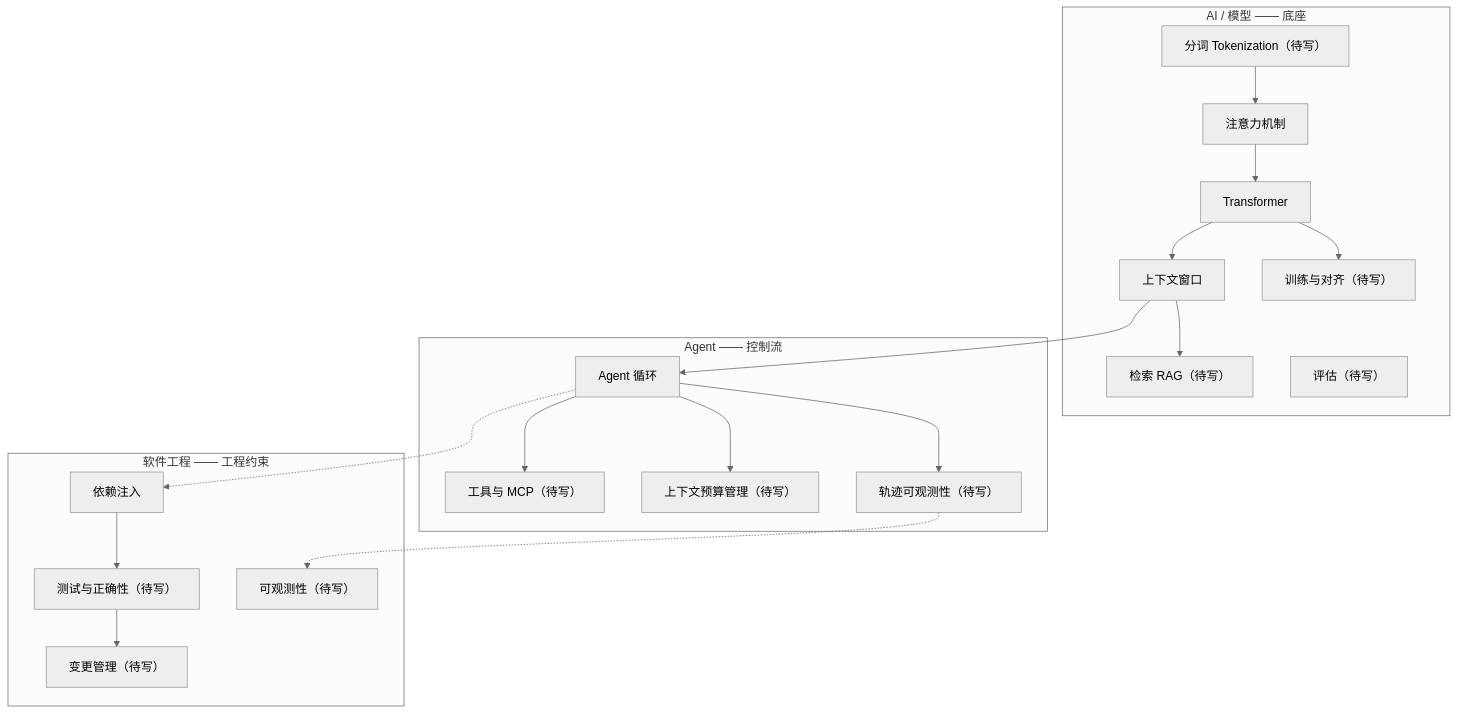
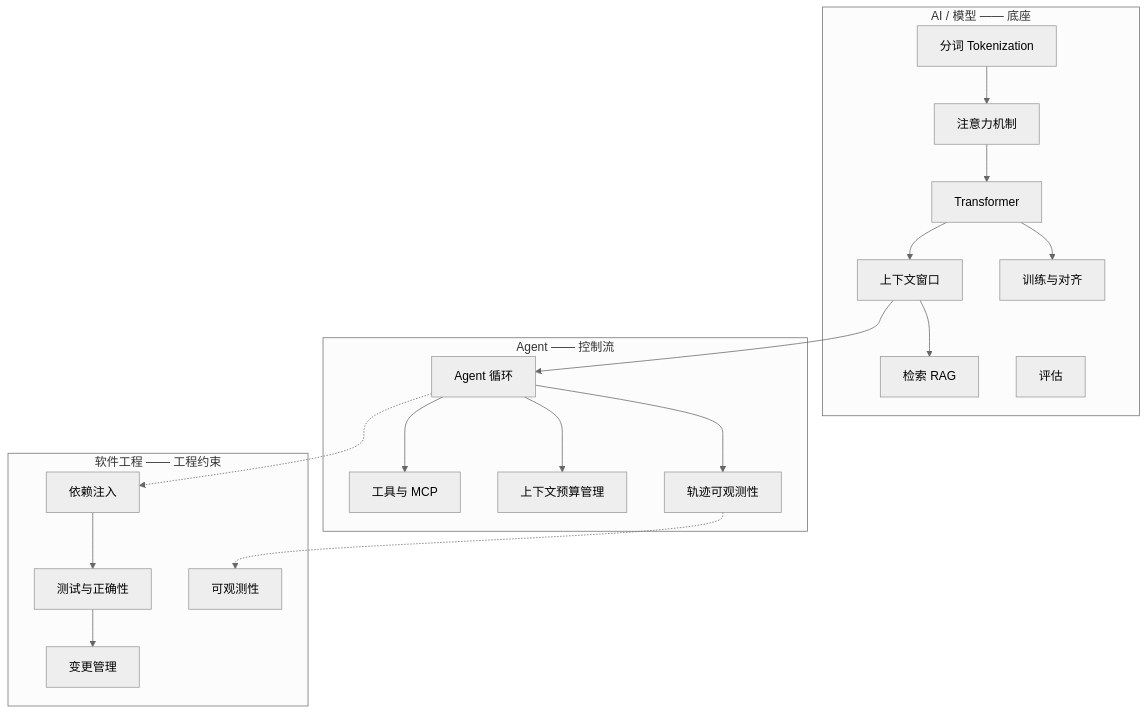
The diagram in maps/overview.md (paike309/concept-atlas), drawn with Mermaid (neutral theme) before and after one commit. The commit also changed other lines of this file and 48 other files, not shown here.

First line of the commit message:
concepts: 补齐 34 个 P2 补充概念 + 重写三张地图（清单清空：已写 77 / 待写 0）

````diff
--- a/maps/overview.md
+++ b/maps/overview.md
@@ -11,37 +11,37 @@
 ```mermaid
 flowchart TD
     subgraph AI["AI / 模型 —— 底座"]
-        A1["分词 Tokenization（待写）"]
+        A1["分词 Tokenization"]
         A2["注意力机制"]
         A3["Transformer"]
         A4["上下文窗口"]
-        A5["训练与对齐（待写）"]
-        A6["检索 RAG（待写）"]
-        A7["评估（待写）"]
+        A5["训练与对齐"]
+        A6["检索 RAG"]
+        A7["评估"]
     end
 
     subgraph AG["Agent —— 控制流"]
         B1["Agent 循环"]
-        B2["工具与 MCP（待写）"]
-        B3["上下文预算管理（待写）"]
-        B4["轨迹可观测性（待写）"]
+        B2["工具与 MCP"]
+        B3["上下文预算管理"]
+        B4["轨迹可观测性"]
     end
 
     subgraph SW["软件工程 —— 工程约束"]
         C1["依赖注入"]
-        C2["测试与正确性（待写）"]
-        C3["变更管理（待写）"]
-        C4["可观测性（待写）"]
+        C2["测试与正确性"]
+        C3["变更管理"]
+        C4["可观测性"]
     end
 
     A1 --> A2 --> A3 --> A4
     A3 --> A5
     A4 --> A6
     A4 --> B1
     B1 --> B2
     B1 --> B3
     B1 --> B4
     C1 --> C2 --> C3
     B4 -.-> C4
     B1 -.-> C1
 ```
````
